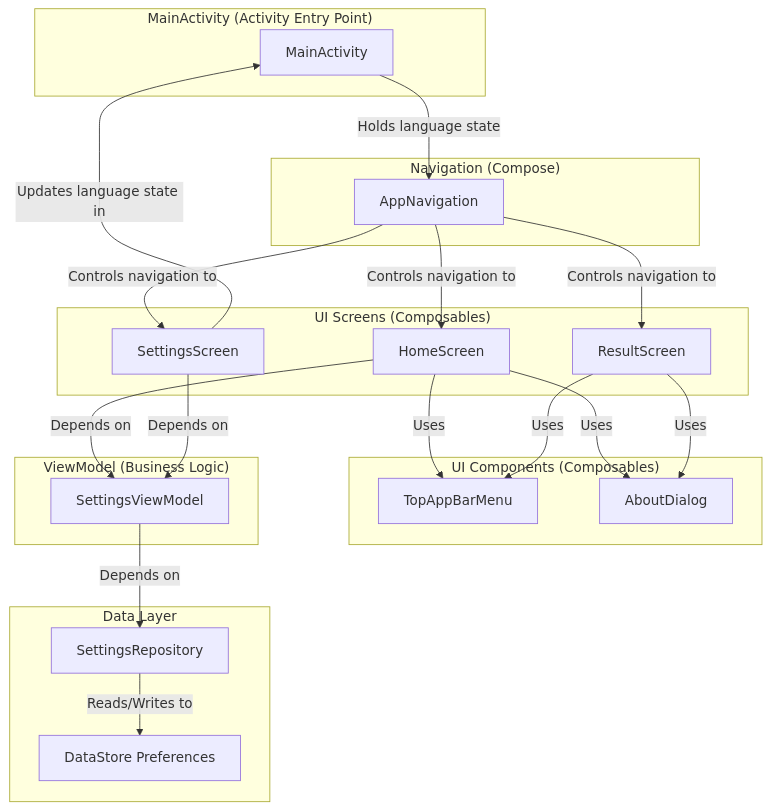
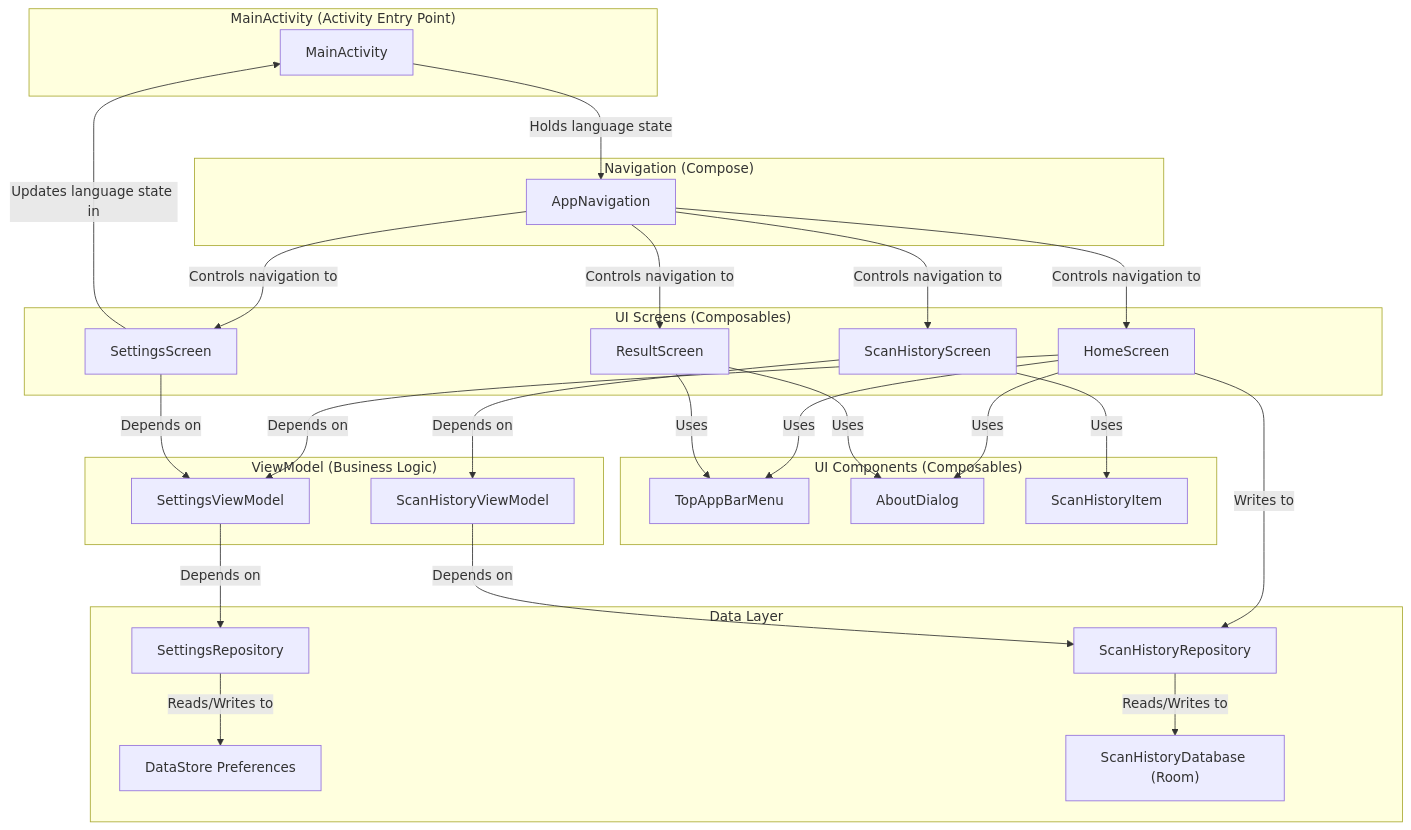
The diagram in AppDiagram.mmd (wgroth2/SimpleBarCodeScanner), drawn with Mermaid before and after one commit. The commit also changed other lines of this file and 20 other files, not shown here.

Commit message:
Added the Scan history. not debugged yet. but it does run.

```diff
--- a/AppDiagram.mmd
+++ b/AppDiagram.mmd
@@ -1,48 +1,63 @@
 graph TD
     subgraph "MainActivity (Activity Entry Point)"
         MA[MainActivity]
     end
 
     subgraph "Navigation (Compose)"
         AN[AppNavigation]
     end
 
     subgraph "UI Screens (Composables)"
         HS[HomeScreen]
         RS[ResultScreen]
         SS[SettingsScreen]
+        SHS[ScanHistoryScreen]
     end
 
     subgraph "UI Components (Composables)"
         TAM[TopAppBarMenu]
         AD[AboutDialog]
+        SHI[ScanHistoryItem]
     end
 
     subgraph "ViewModel (Business Logic)"
         SVM[SettingsViewModel]
+        SHVM[ScanHistoryViewModel]
     end
 
     subgraph "Data Layer"
         SR[SettingsRepository]
         DS[DataStore Preferences]
+        SHR[ScanHistoryRepository]
+        DB["ScanHistoryDatabase (Room)"]
     end
 
     %% -- Connections --
 
     MA -- "Holds language state" --> AN
+
+    %% Navigation
     AN -- "Controls navigation to" --> HS
     AN -- "Controls navigation to" --> RS
     AN -- "Controls navigation to" --> SS
+    AN -- "Controls navigation to" --> SHS
 
+    %% UI and Component Usage
     HS -- "Uses" --> TAM
     HS -- "Uses" --> AD
     RS -- "Uses" --> TAM
     RS -- "Uses" --> AD
+    SHS -- "Uses" --> SHI
 
+    %% Settings Flow
     HS -- "Depends on" --> SVM
     SS -- "Depends on" --> SVM
-
+    SVM -- "Depends on" --> SR
+    SR -- "Reads/Writes to" --> DS
     SS -- "Updates language state in" --> MA
 
-    SVM -- "Depends on" --> SR
-    SR -- "Reads/Writes to" --> DS
+    %% Scan History Flow
+    HS -- "Writes to" --> SHR
+    SHS -- "Depends on" --> SHVM
+    SHVM -- "Depends on" --> SHR
+    SHR -- "Reads/Writes to" --> DB
```
